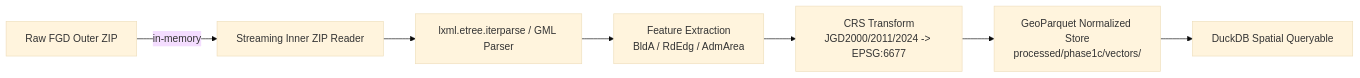
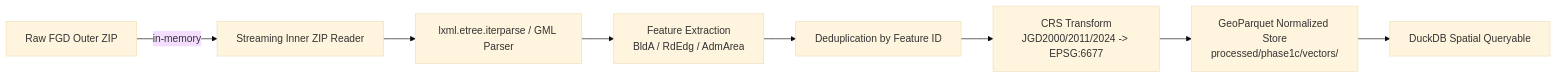
The diagram in reports/phase1b5_compatibility.md (blabo25226/kanagawa_ruins_search), drawn with Mermaid (base theme) before and after one commit. The commit also changed other lines of this file and 4 other files, not shown here.

````diff
--- a/reports/phase1b5_compatibility.md
+++ b/reports/phase1b5_compatibility.md
@@ -58,9 +61,10 @@
 ```mermaid
 flowchart LR
     Z[Raw FGD Outer ZIP] -->|in-memory| S[Streaming Inner ZIP Reader]
     S --> P[lxml.etree.iterparse / GML Parser]
     P --> F[Feature Extraction<br>BldA / RdEdg / AdmArea]
-    F --> C[CRS Transform<br>JGD2000/2011/2024 -> EPSG:6677]
+    F --> D[Deduplication by Feature ID]
+    D --> C[CRS Transform<br>JGD2000/2011/2024 -> EPSG:6677]
     C --> PQ[GeoParquet Normalized Store<br>processed/phase1c/vectors/]
-    PQ --> D[DuckDB Spatial Queryable]
+    PQ --> DB[DuckDB Spatial Queryable]
 ```
````
